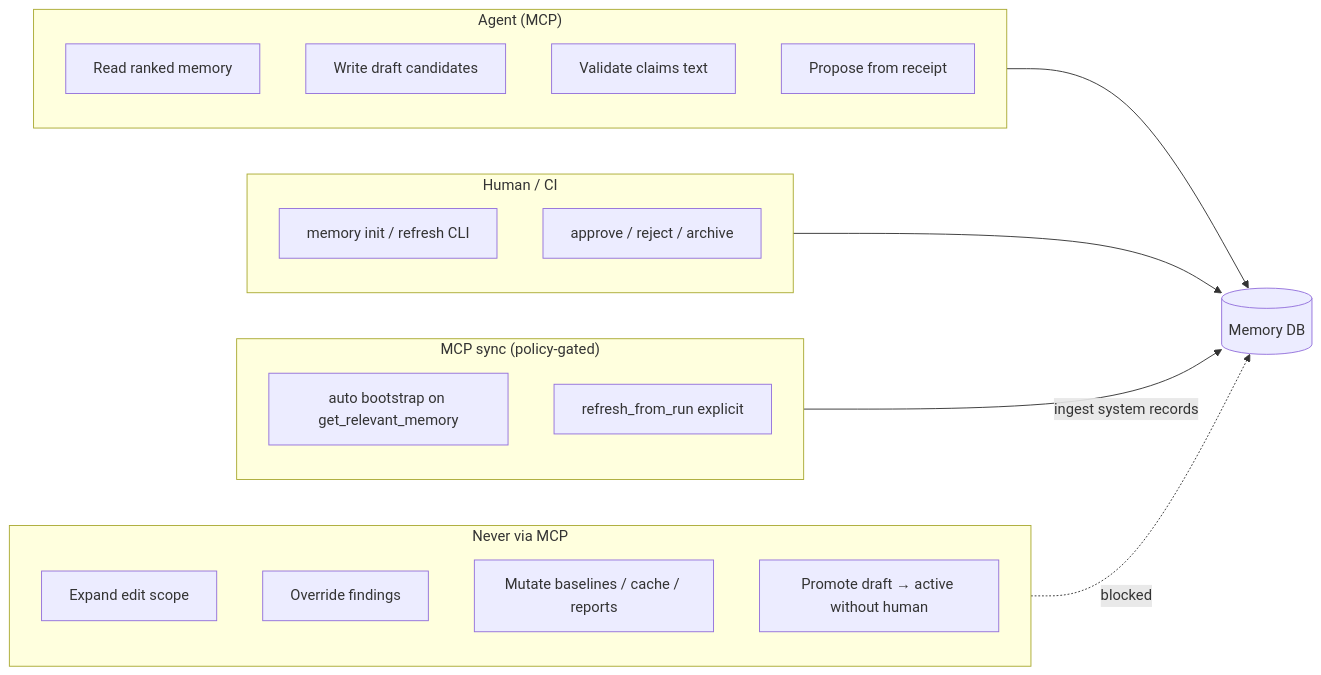
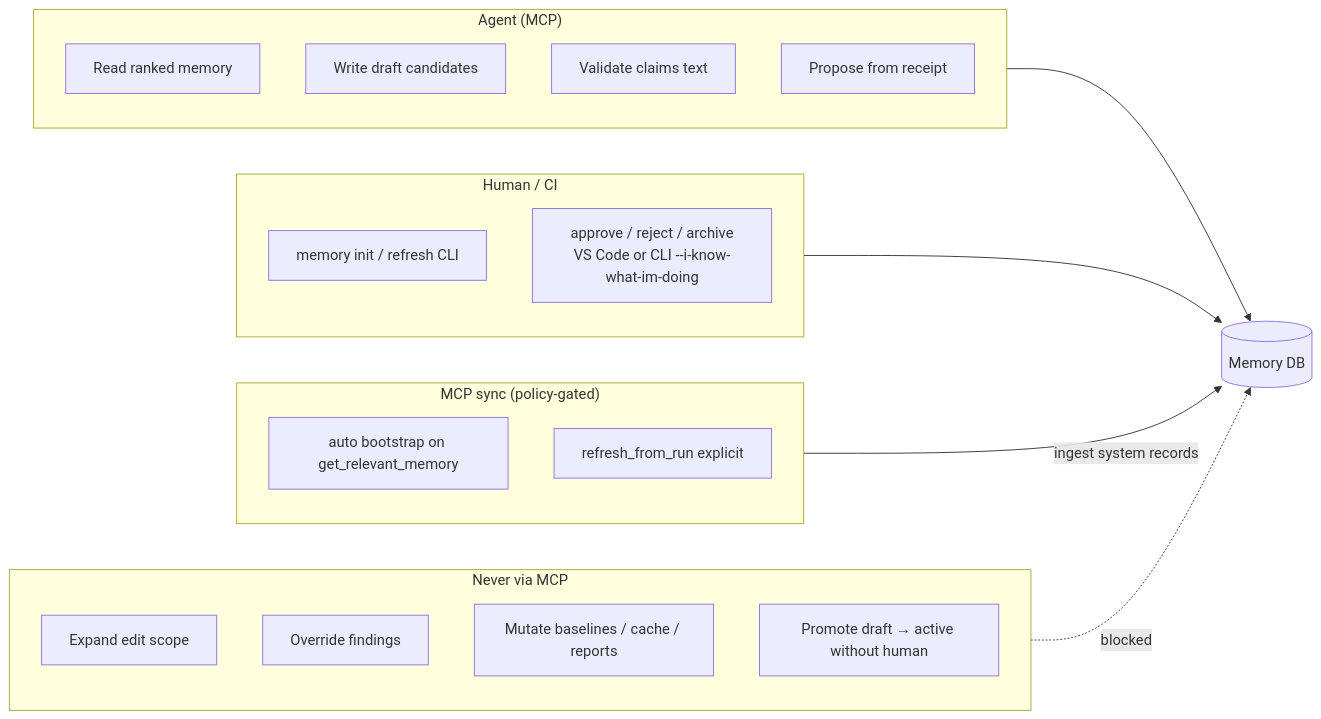
The first of 2 diagrams in docs/book/13-engineering-memory/trust-and-lifecycle.md (orenlab/codeclone), drawn with Mermaid before and after one commit. The commit also changed other lines of this file and 69 other files, not shown here.

````diff
--- a/docs/book/13-engineering-memory/trust-and-lifecycle.md
+++ b/docs/book/13-engineering-memory/trust-and-lifecycle.md
@@ -3,31 +3,31 @@
 ```mermaid
 flowchart LR
     subgraph AgentCan["Agent (MCP)"]
         R[Read ranked memory]
         D[Write draft candidates]
         V[Validate claims text]
         P[Propose from receipt]
     end
 
     subgraph HumanCI["Human / CI"]
         I[memory init / refresh CLI]
-        A[approve / reject / archive]
+        A[approve / reject / archive<br/>VS Code or CLI --i-know-what-im-doing]
     end
 
     subgraph McpSync["MCP sync (policy-gated)"]
         B[auto bootstrap on get_relevant_memory]
         RF[refresh_from_run explicit]
     end
 
 subgraph Never["Never via MCP"]
 X1[Expand edit scope]
 X2[Override findings]
 X3[Mutate baselines / cache / reports]
 X4[Promote draft → active without human]
 end
 
 AgentCan --> Store[(Memory DB)]
 HumanCI --> Store
 McpSync -->|ingest system records|Store
 Never -.->|blocked|Store
 ```
````
